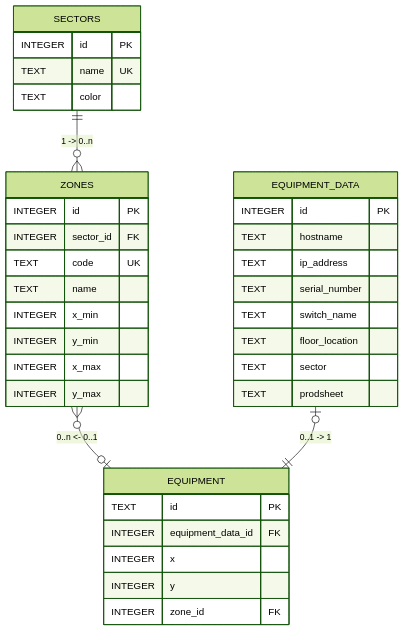
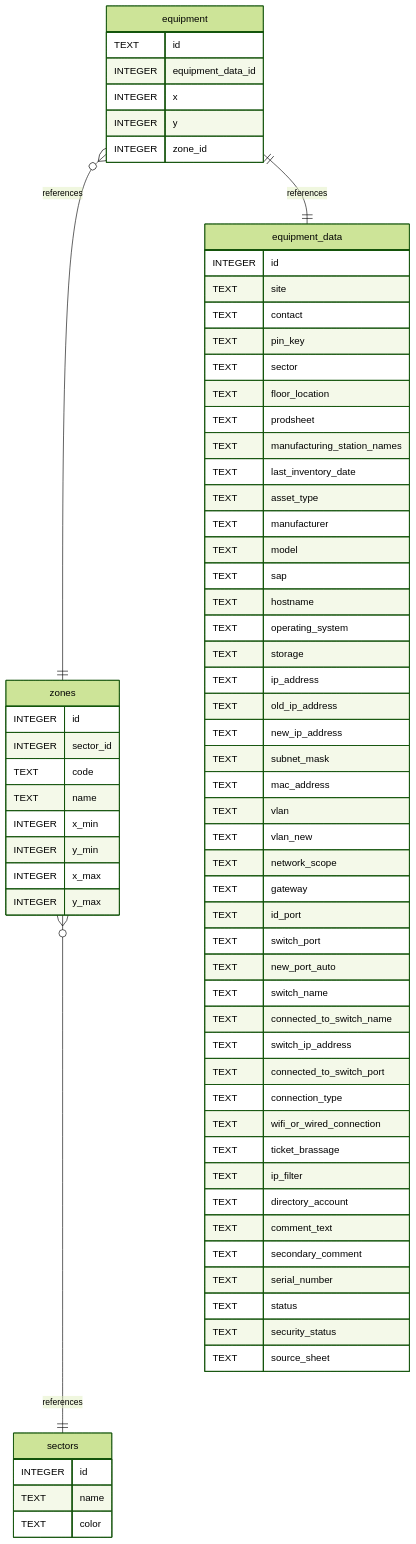
Before and after one commit to MMASQUELIER/it-asset-map: the first of 3 diagrams in docs/wiki/04-modele-de-donnees-et-flux.md, drawn with Mermaid (forest theme). The commit also changed 4 other files, not shown here.

````diff
--- a/docs/wiki/04-modele-de-donnees-et-flux.md
+++ b/docs/wiki/04-modele-de-donnees-et-flux.md
@@ -15,42 +15,77 @@
 ```mermaid
 erDiagram
-  SECTORS ||--o{ ZONES : "1 -> 0..n"
-  ZONES o{--o| EQUIPMENT : "0..n <- 0..1"
-  EQUIPMENT_DATA o|--|| EQUIPMENT : "0..1 -> 1"
+	zones }o--|| sectors : references
+	equipment ||--|| equipment_data : references
+	equipment }o--|| zones : references
 
-  SECTORS {
-    INTEGER id PK
-    TEXT name UK
-    TEXT color
-  }
+	sectors {
+		INTEGER id
+		TEXT name
+		TEXT color
+	}
 
-  ZONES {
-    INTEGER id PK
-    INTEGER sector_id FK
-    TEXT code UK
-    TEXT name
-    INTEGER x_min
-    INTEGER y_min
-    INTEGER x_max
-    INTEGER y_max
-  }
+	zones {
+		INTEGER id
+		INTEGER sector_id
+		TEXT code
+		TEXT name
+		INTEGER x_min
+		INTEGER y_min
+		INTEGER x_max
+		INTEGER y_max
+	}
 
-  EQUIPMENT_DATA {
-    INTEGER id PK
-    TEXT hostname
-    TEXT ip_address
-    TEXT serial_number
-    TEXT switch_name
-    TEXT floor_location
-    TEXT sector
-    TEXT prodsheet
-  }
+	equipment_data {
+		INTEGER id
+		TEXT site
+		TEXT contact
+		TEXT pin_key
+		TEXT sector
+		TEXT floor_location
+		TEXT prodsheet
+		TEXT manufacturing_station_names
+		TEXT last_inventory_date
+		TEXT asset_type
+		TEXT manufacturer
+		TEXT model
+		TEXT sap
+		TEXT hostname
+		TEXT operating_system
+		TEXT storage
+		TEXT ip_address
+		TEXT old_ip_address
+		TEXT new_ip_address
+		TEXT subnet_mask
+		TEXT mac_address
+		TEXT vlan
+		TEXT vlan_new
+		TEXT network_scope
+		TEXT gateway
+		TEXT id_port
+		TEXT switch_port
+		TEXT new_port_auto
+		TEXT switch_name
+		TEXT connected_to_switch_name
+		TEXT switch_ip_address
+		TEXT connected_to_switch_port
+		TEXT connection_type
+		TEXT wifi_or_wired_connection
+		TEXT ticket_brassage
+		TEXT ip_filter
+		TEXT directory_account
+		TEXT comment_text
+		TEXT secondary_comment
+		TEXT serial_number
+		TEXT status
+		TEXT security_status
+		TEXT source_sheet
+	}
 
-  EQUIPMENT {
-    TEXT id PK
-    INTEGER equipment_data_id FK
-    INTEGER x
-    INTEGER y
-    INTEGER zone_id FK
-  }
+	equipment {
+		TEXT id
+		INTEGER equipment_data_id
+		INTEGER x
+		INTEGER y
+		INTEGER zone_id
+	}
 ```
````
